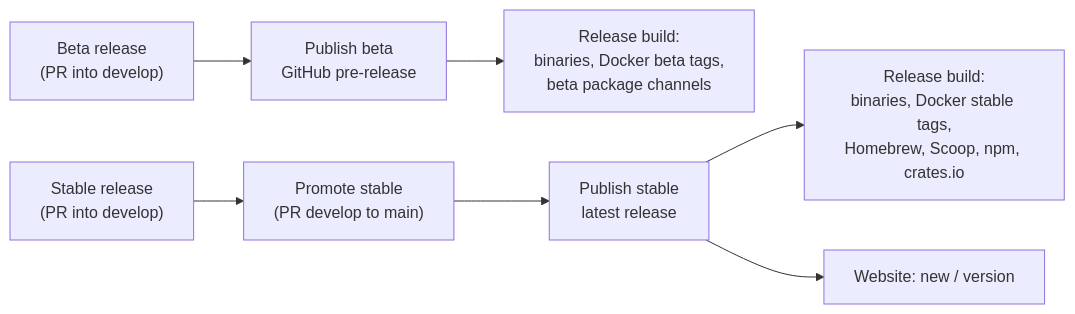
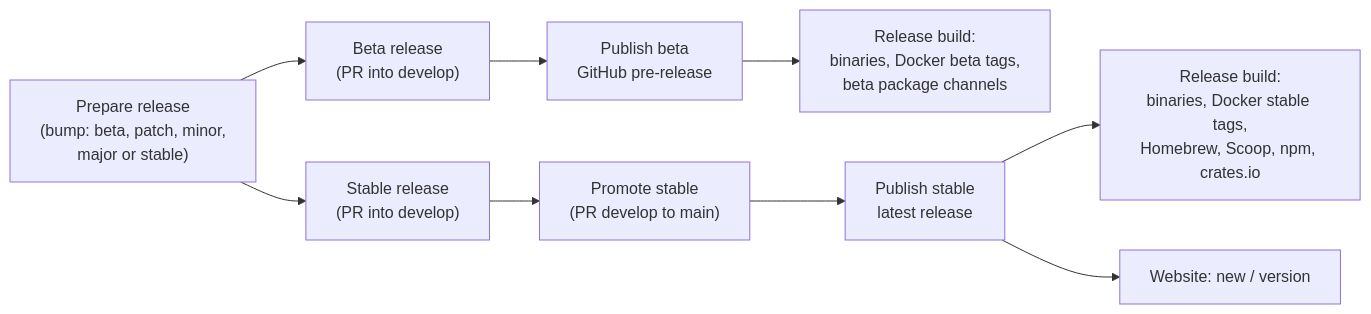
The diagram in docs/plan/16-website-and-releases.md (shibbirweb/sendmock), drawn with Mermaid before and after one commit. The commit also changed other lines of this file and 12 other files, not shown here.

````diff
--- a/docs/plan/16-website-and-releases.md
+++ b/docs/plan/16-website-and-releases.md
@@ -200,9 +229,11 @@
 ```mermaid
 flowchart LR
+    Prepare["Prepare release<br/>(bump: beta, patch, minor,<br/>major or stable)"] --> Beta
+    Prepare --> Stable
     Beta["Beta release<br/>(PR into develop)"] --> PubBeta["Publish beta<br/>GitHub pre-release"]
     PubBeta --> BuildBeta["Release build:<br/>binaries, Docker beta tags,<br/>beta package channels"]
     Stable["Stable release<br/>(PR into develop)"] --> Promote["Promote stable<br/>(PR develop to main)"]
     Promote --> PubStable["Publish stable<br/>latest release"]
     PubStable --> BuildStable["Release build:<br/>binaries, Docker stable tags,<br/>Homebrew, Scoop, npm, crates.io"]
     PubStable --> Site["Website: new / version"]
 ```
````
